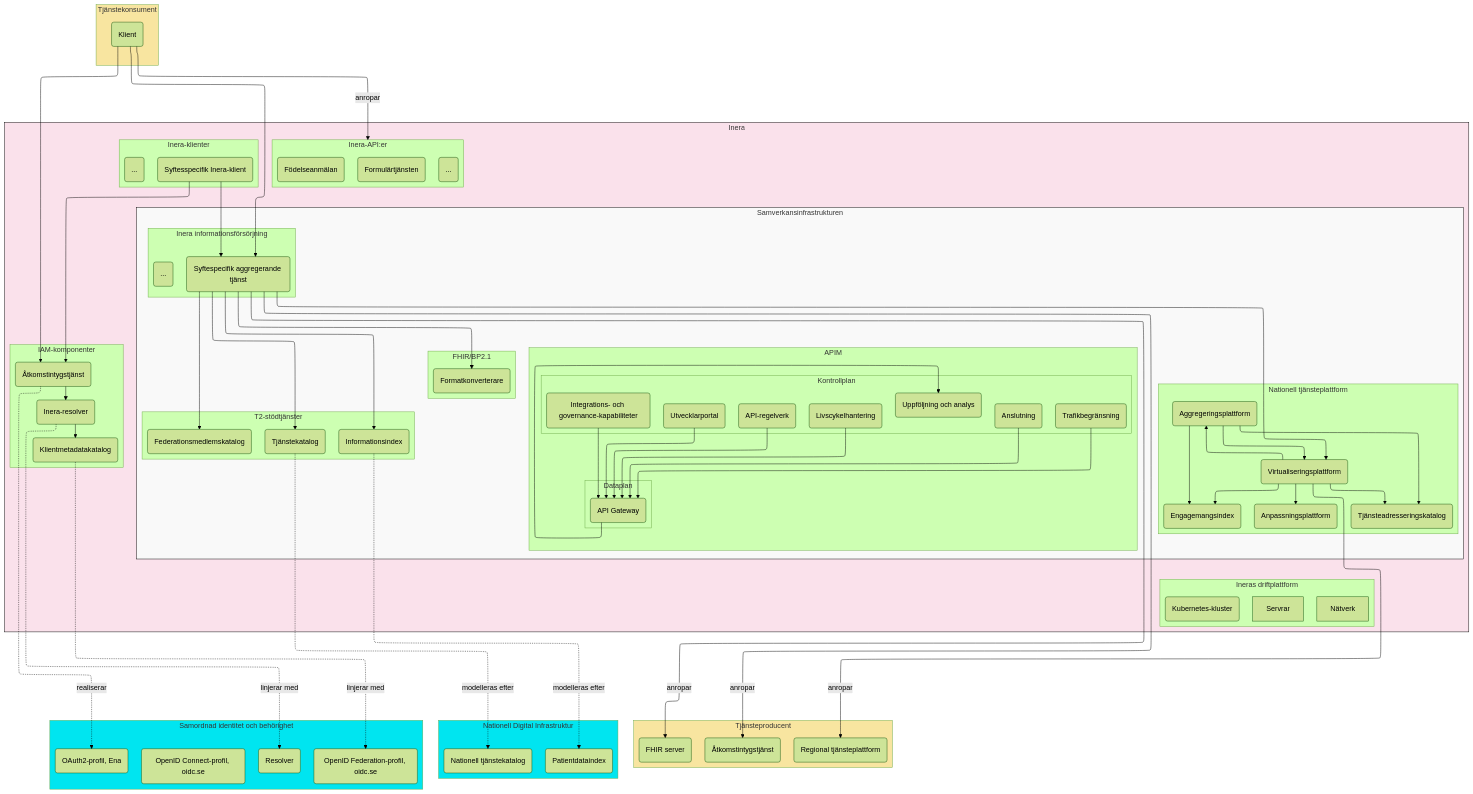
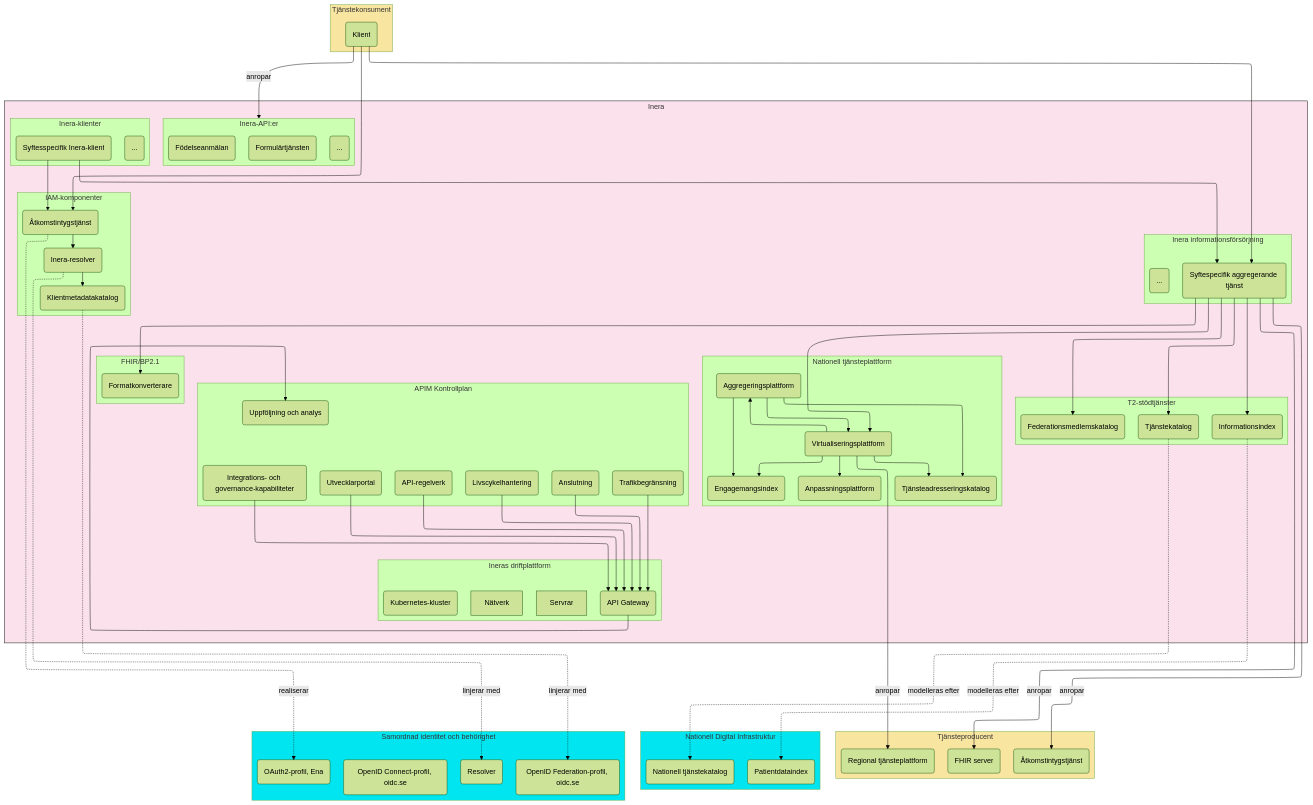
The second of 2 diagrams in T2-krav/solution.md (anders-malmros-inera/t2mmd), drawn with Mermaid (forest theme) before and after one commit.

Commit message:
Refactor flowchart structure in solution.md to improve clarity and organization

````diff
--- a/T2-krav/solution.md
+++ b/T2-krav/solution.md
@@ -53,52 +53,35 @@
     end
 
 
-    subgraph si[Samverkansinfrastrukturen]
-        subgraph siit[Inera informationsförsörjning]
-            svodc(Syftespecifik aggregerande tjänst)
-            ehdsc(...)
-        end
+    subgraph siit[Inera informationsförsörjning]
+        svodc(Syftespecifik aggregerande tjänst)
+        ehdsc(...)
+    end
 
-        subgraph si1[T2-stödtjänster]
-            sitk(Tjänstekatalog)
-            siii(Informationsindex)
-            sifmk(Federationsmedlemskatalog)
-        end
+    subgraph si1[T2-stödtjänster]
+        sitk(Tjänstekatalog)
+        siii(Informationsindex)
+        sifmk(Federationsmedlemskatalog)
+    end
 
-        subgraph si2[FHIR/BP2.1]
-            sifk(Formatkonverterare)
-        end
+    subgraph si2[FHIR/BP2.1]
+        sifk(Formatkonverterare)
+    end
 
-        subgraph ntjp[Nationell tjänsteplattform]
-            vp(Virtualiseringsplattform)
-            ag(Aggregeringsplattform)
-            anp(Anpassningsplattform)
-            ei(Engagemangsindex)
-            tak(Tjänsteadresseringskatalog)
-        end
+    subgraph ntjp[Nationell tjänsteplattform]
+        vp(Virtualiseringsplattform)
+        ag(Aggregeringsplattform)
+        anp(Anpassningsplattform)
+        ei(Engagemangsindex)
+        tak(Tjänsteadresseringskatalog)
+    end
 
-        subgraph apim[APIM]
-            subgraph dp[Dataplan]
-                gw(API Gateway)
-            end
-            subgraph cp[Kontrollplan]
-                cp1(Utvecklarportal)
-                cp2(API-regelverk)
-                cp3(Uppföljning och analys)
-                cp4(Livscykelhantering)
-                cp5(Anslutning)
-                cp6(Trafikbegränsning)
-                cp7(Integrations- och governance-kapabiliteter)
-            end
-        end
-
-        cp1 --> gw
-        cp2 --> gw
-        cp4 --> gw
-        cp5 --> gw
-        cp6 --> gw
-        cp7 --> gw
-        gw --> cp3
+    subgraph cp[APIM Kontrollplan]
+        direction LR
+        cp3(Uppföljning och analys) 
+        ~~~
+        cp1(Utvecklarportal) & cp2(API-regelverk) & cp4(Livscykelhantering) & cp5(Anslutning) & cp6(Trafikbegränsning) & cp7(Integrations- och governance-kapabiliteter)
+        
     end
 
     subgraph itp[Inera-API:er]
@@ -108,6 +91,7 @@
     end
 
     subgraph drift[Ineras driftplattform]
+        gw(API Gateway)
         kubernetes(Kubernetes-kluster)
         Servrar
         Nätverk
@@ -136,6 +120,14 @@
     of(OpenID Federation-profil, oidc.se)
 end
 
+cp1 --> gw
+cp2 --> gw
+cp4 --> gw
+cp5 --> gw
+cp6 --> gw
+cp7 --> gw
+gw --> cp3
+
 sias -. "realiserar" .-> o2
 sitk -. "modelleras efter" .-> ntk
 siii -. "modelleras efter" .-> pdi
@@ -163,20 +155,18 @@
 tkc --> sias
 npo --> sias
 tkc -- "anropar" --> itp
-%%gw -- "integrerar med" --> sias
-%%si1 & itp & svodc  -. "exponeras via" .->apim
 
 style inera fill:#fae1eb,stroke:#000000
-style si fill:#f9f9f9,stroke:#000000
 style tk fill:#F8E5A0
 style tp fill:#F8E5A0
 style ndi fill:#00E5F0
 style sib fill:#00E5F0
 
 %% Formatting for elk renderer
-tkc~~~itk
+%%tkc~~~itk
 ei~~~kubernetes
+itk~~~kubernetes
 
 %% Formatting for dagre (standard) renderer
-gw~~~~~~sib & ndi & tp
+%%gw~~~~~~sib & ndi & tp
 ```
````
